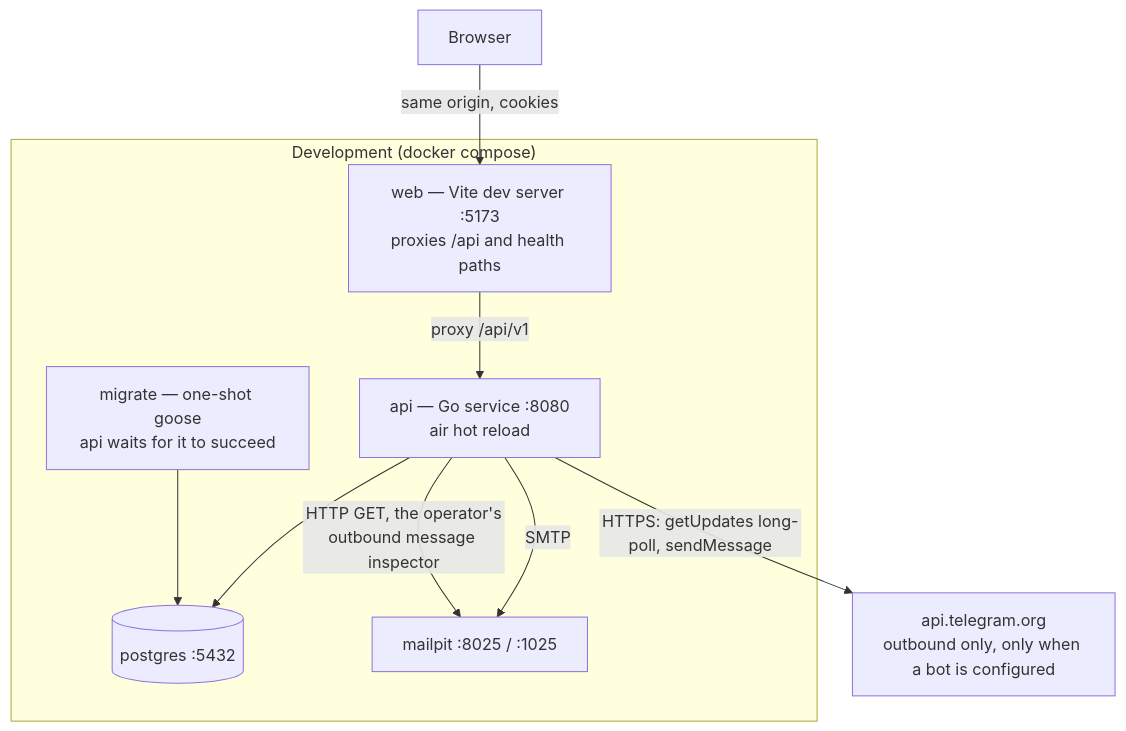
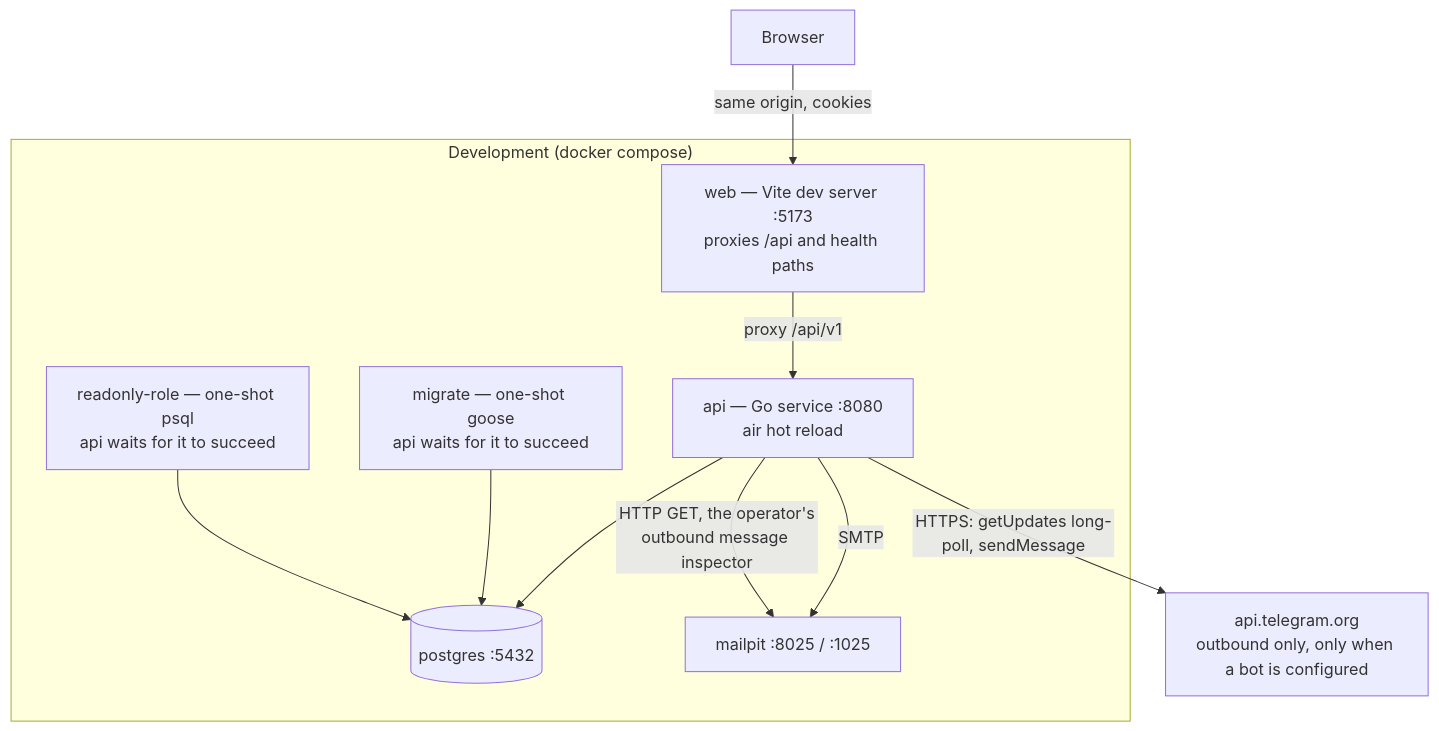
One commit to oandrz/Household changed the first of 19 diagrams in docs/SYSTEM_DESIGN.md. Above: the diagram before and after it, drawn with Mermaid. The commit also changed other lines of this file and 6 other files, not shown here.

First line of the commit message:
feat(db): hearth_readonly, one idempotent script with three consumers

````diff
--- a/docs/SYSTEM_DESIGN.md
+++ b/docs/SYSTEM_DESIGN.md
@@ -155,22 +155,24 @@
 ```mermaid
 graph TD
     Browser["Browser"]
 
     subgraph dev["Development (docker compose)"]
         Web["web — Vite dev server :5173<br/>proxies /api and health paths"]
         API["api — Go service :8080<br/>air hot reload"]
         PG[("postgres :5432")]
         Mail["mailpit :8025 / :1025"]
         Migrate["migrate — one-shot goose<br/>api waits for it to succeed"]
+        Readonly["readonly-role — one-shot psql<br/>api waits for it to succeed"]
     end
 
     TG["api.telegram.org<br/>outbound only, only when a bot is configured"]
 
     Browser -->|"same origin, cookies"| Web
     Web -->|"proxy /api/v1"| API
     API --> PG
     API -->|SMTP| Mail
     API -->|"HTTP GET, the operator's<br/>outbound message inspector"| Mail
     API -->|"HTTPS: getUpdates long-poll, sendMessage"| TG
     Migrate --> PG
+    Readonly --> PG
 ```
````
